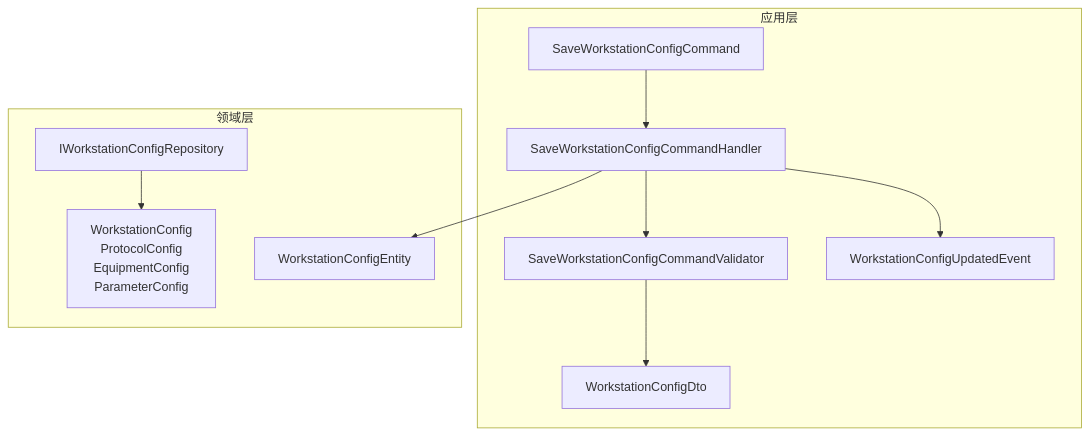
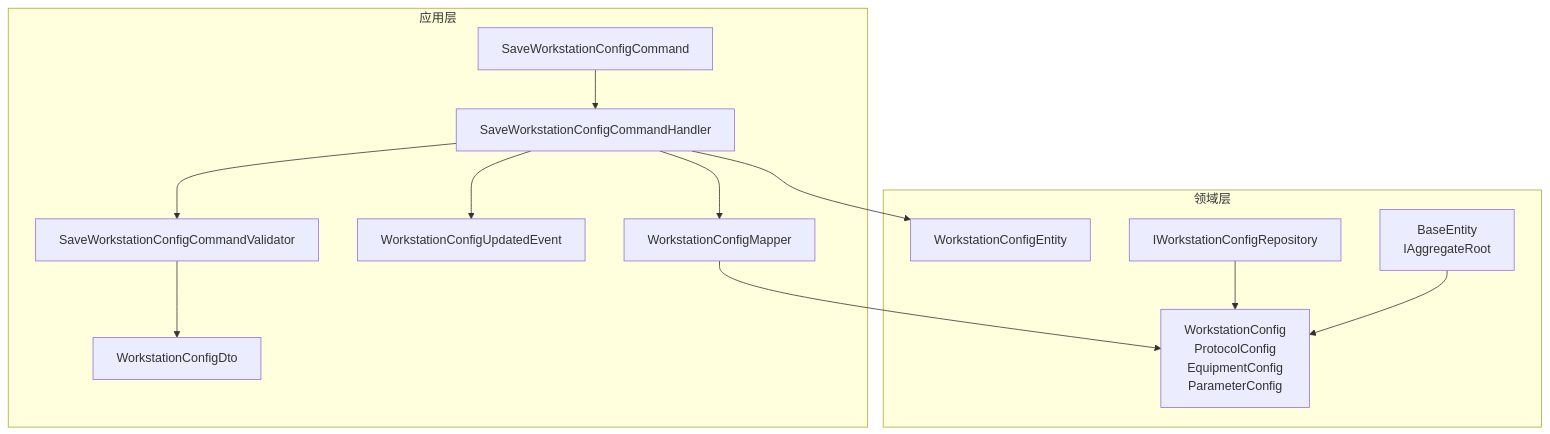
The first of 5 diagrams in .qoder/repowiki/zh/content/领域模型设计/工作站配置模型.md (whitemousetl/IndustrialDataSolution), drawn with Mermaid before and after one commit. The commit also changed other lines of this file and 18 other files, not shown here.

````diff
--- a/.qoder/repowiki/zh/content/领域模型设计/工作站配置模型.md
+++ b/.qoder/repowiki/zh/content/领域模型设计/工作站配置模型.md
@@ -39,21 +50,26 @@
 ```mermaid
 graph TB
 subgraph "应用层"
 CMD["SaveWorkstationConfigCommand"]
 HANDLER["SaveWorkstationConfigCommandHandler"]
 VALIDATOR["SaveWorkstationConfigCommandValidator"]
 DTO["WorkstationConfigDto"]
 EVENT["WorkstationConfigUpdatedEvent"]
+MAPPER["WorkstationConfigMapper"]
 end
 subgraph "领域层"
 DOMAIN_MODEL["WorkstationConfig<br/>ProtocolConfig<br/>EquipmentConfig<br/>ParameterConfig"]
 ENTITY["WorkstationConfigEntity"]
 REPO["IWorkstationConfigRepository"]
+BASE_ENTITY["BaseEntity<br/>IAggregateRoot"]
 end
 CMD --> HANDLER
 HANDLER --> VALIDATOR
 VALIDATOR --> DTO
+HANDLER --> MAPPER
+MAPPER --> DOMAIN_MODEL
 HANDLER --> ENTITY
 HANDLER --> EVENT
 REPO --> DOMAIN_MODEL
+BASE_ENTITY --> DOMAIN_MODEL
 ```
````
